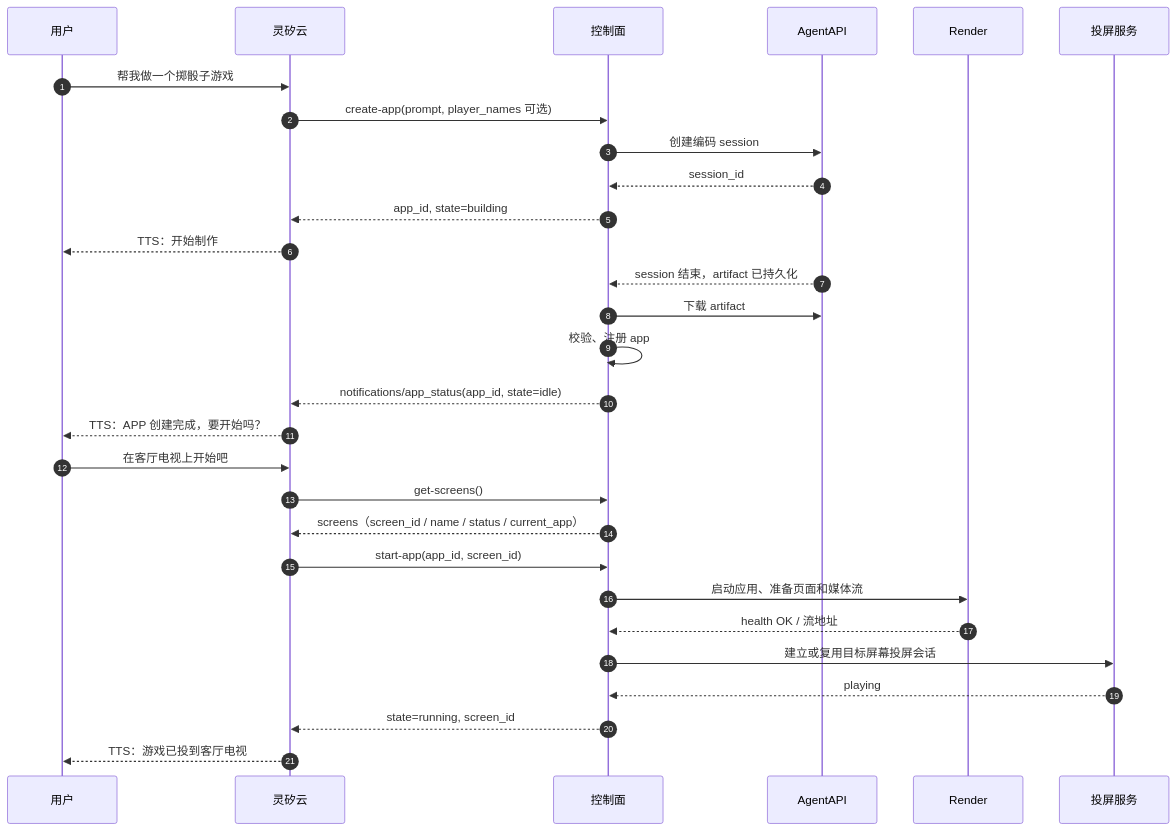
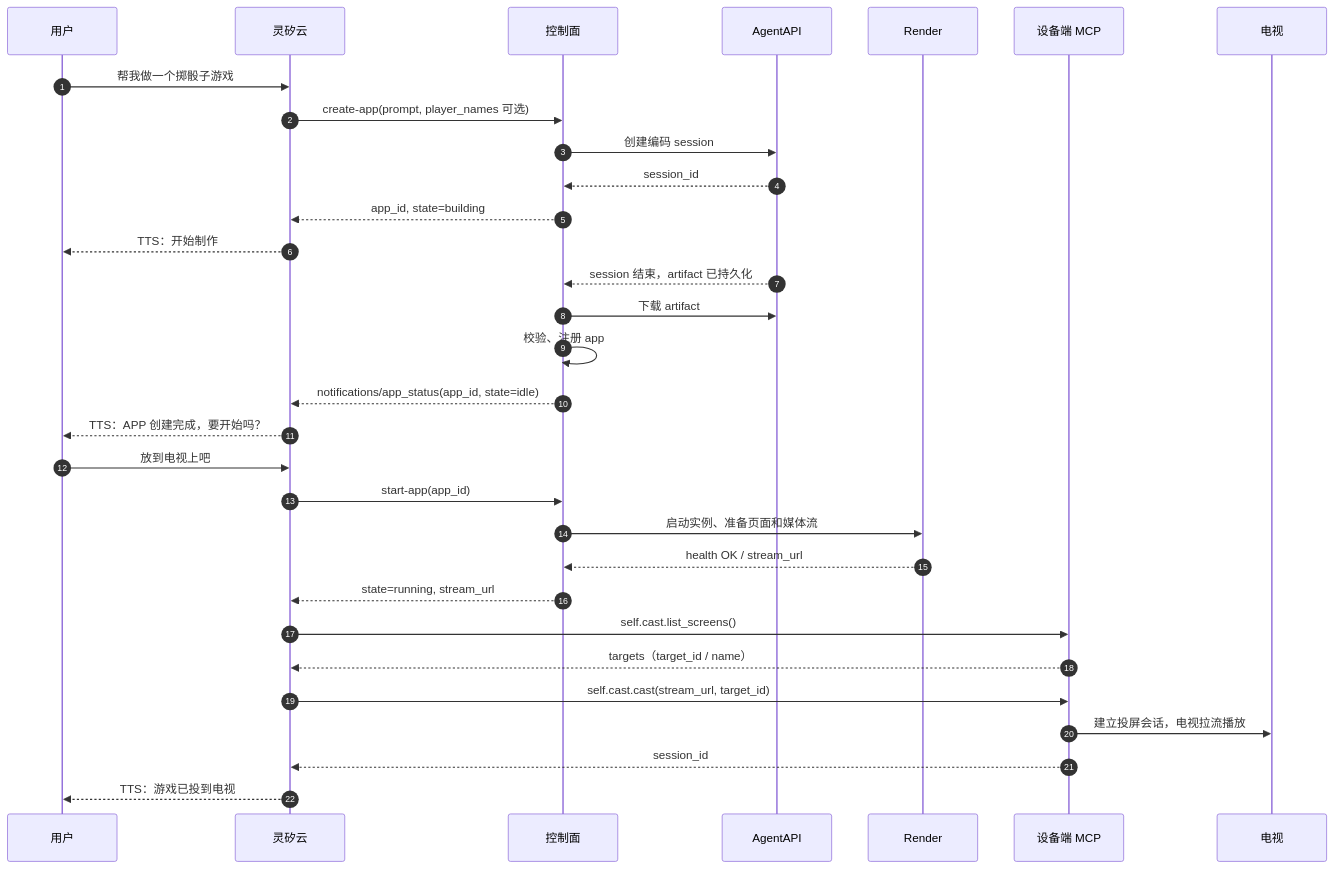
Before and after one commit to open-anywhere/open-anywhere: the diagram in docs/architecture/interfaces/app-management-mcp.md, drawn with Mermaid. The commit also changed other lines of this file and 35 other files, not shown here.

````diff
--- a/docs/architecture/interfaces/app-management-mcp.md
+++ b/docs/architecture/interfaces/app-management-mcp.md
@@ -475,34 +466,37 @@
 ```mermaid
 sequenceDiagram
   autonumber
   participant U as 用户
   participant L as 灵矽云
   participant C as 控制面
   participant A as AgentAPI
   participant R as Render
-  participant P as 投屏服务
+  participant D as 设备端 MCP
+  participant T as 电视
 
   U->>L: 帮我做一个掷骰子游戏
   L->>C: create-app(prompt, player_names 可选)
   C->>A: 创建编码 session
   A-->>C: session_id
   C-->>L: app_id, state=building
   L-->>U: TTS：开始制作
 
   A-->>C: session 结束，artifact 已持久化
   C->>A: 下载 artifact
   C->>C: 校验、注册 app
   C-->>L: notifications/app_status(app_id, state=idle)
   L-->>U: TTS：APP 创建完成，要开始吗？
 
-  U->>L: 在客厅电视上开始吧
-  L->>C: get-screens()
-  C-->>L: screens（screen_id / name / status / current_app）
-  L->>C: start-app(app_id, screen_id)
-  C->>R: 启动应用、准备页面和媒体流
-  R-->>C: health OK / 流地址
-  C->>P: 建立或复用目标屏幕投屏会话
-  P-->>C: playing
-  C-->>L: state=running, screen_id
-  L-->>U: TTS：游戏已投到客厅电视
+  U->>L: 放到电视上吧
+  L->>C: start-app(app_id)
+  C->>R: 启动实例、准备页面和媒体流
+  R-->>C: health OK / stream_url
+  C-->>L: state=running, stream_url
+
+  L->>D: self.cast.list_screens()
+  D-->>L: targets（target_id / name）
+  L->>D: self.cast.cast(stream_url, target_id)
+  D->>T: 建立投屏会话，电视拉流播放
+  D-->>L: session_id
+  L-->>U: TTS：游戏已投到电视
 ```
````
